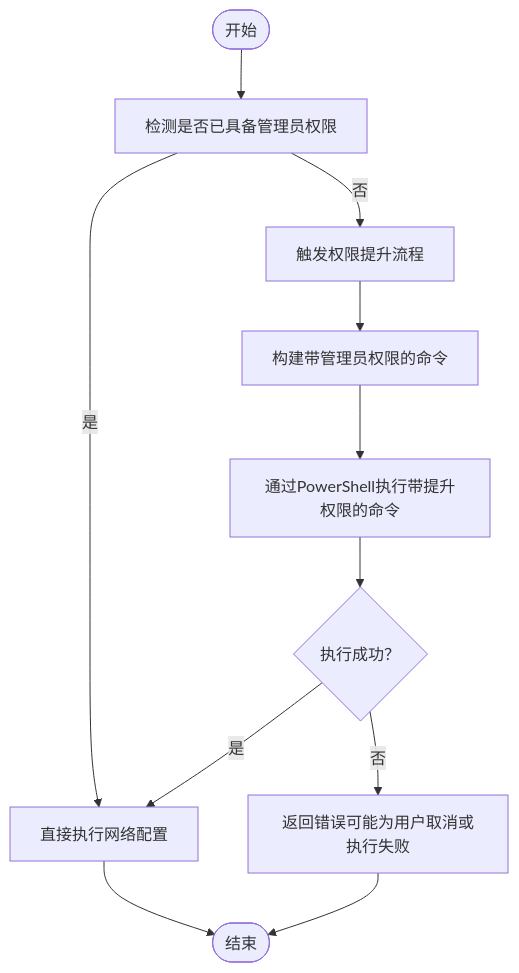
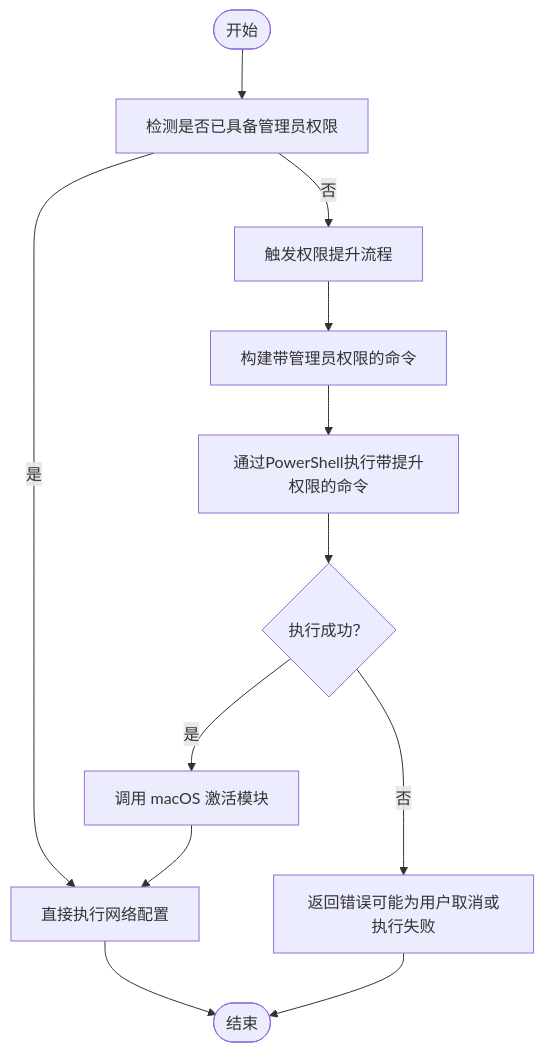
Before and after one commit to xdongliang/IPSwitcher: the fifth of 11 diagrams in .qoder/repowiki/zh/content/系统集成/系统集成.md, drawn with Mermaid. The commit also changed other lines of this file and 3 other files, not shown here.

````diff
--- a/.qoder/repowiki/zh/content/系统集成/系统集成.md
+++ b/.qoder/repowiki/zh/content/系统集成/系统集成.md
@@ -248,13 +257,14 @@
 ```mermaid
 flowchart TD
 Start(["开始"]) --> Check["检测是否已具备管理员权限"]
 Check --> |是| Apply["直接执行网络配置"]
 Check --> |否| Elevate["触发权限提升流程"]
 Elevate --> BuildCmd["构建带管理员权限的命令"]
 BuildCmd --> Exec["通过PowerShell执行带提升权限的命令"]
 Exec --> Success{"执行成功？"}
-Success --> |是| Apply
+Success --> |是| Activate["调用 macOS 激活模块"]
+Activate --> Apply
 Success --> |否| Err["返回错误可能为用户取消或执行失败"]
 Apply --> Done(["结束"])
 Err --> Done
 ```
````
